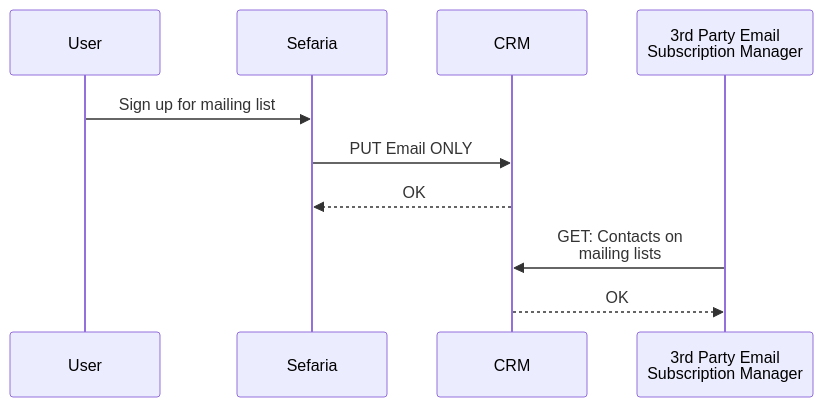
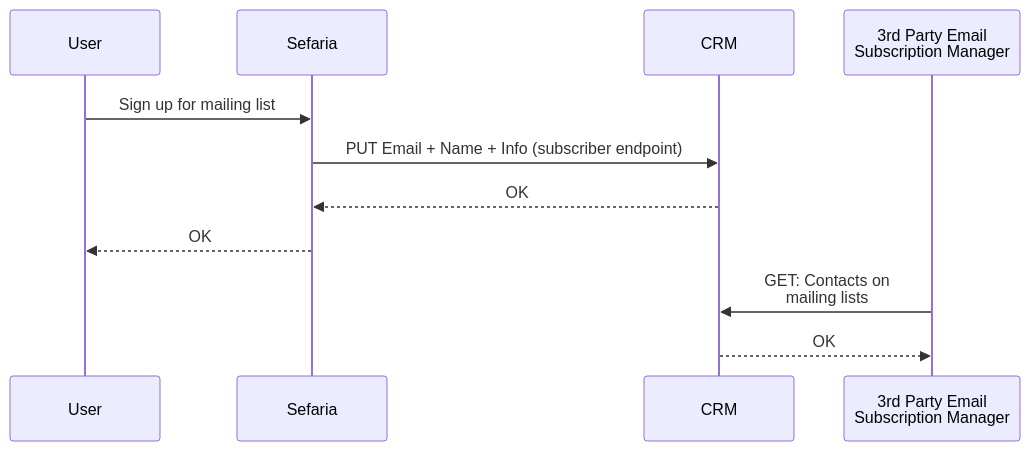
The seventh of 8 diagrams in sefaria/helper/crm/crm.md (sidzan/Lopenling-reader), drawn with Mermaid before and after one commit. The commit also changed other lines of this file, not shown here.

````diff
--- a/sefaria/helper/crm/crm.md
+++ b/sefaria/helper/crm/crm.md
@@ -232,12 +217,13 @@
 ```mermaid
 sequenceDiagram
     participant User 
     participant Sefaria
     Participant CRM
     Participant 3rd as 3rd Party Email<br>Subscription Manager
     User->>Sefaria: Sign up for mailing list
-    Sefaria->>CRM: PUT Email ONLY
+    Sefaria->>CRM: PUT Email + Name + Info (subscriber endpoint)
     CRM-->>Sefaria: OK
+    Sefaria-->>User: OK
     3rd->>CRM: GET: Contacts on<br>mailing lists
     CRM-->>3rd: OK
 ```
````
